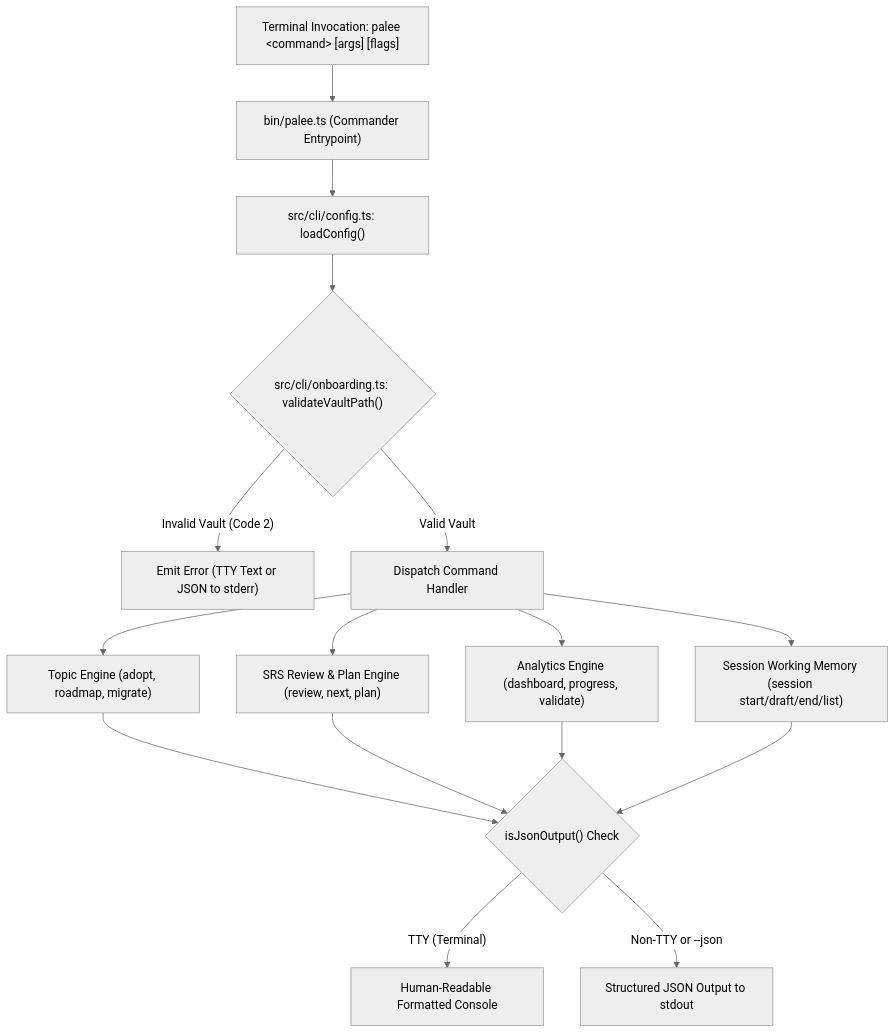
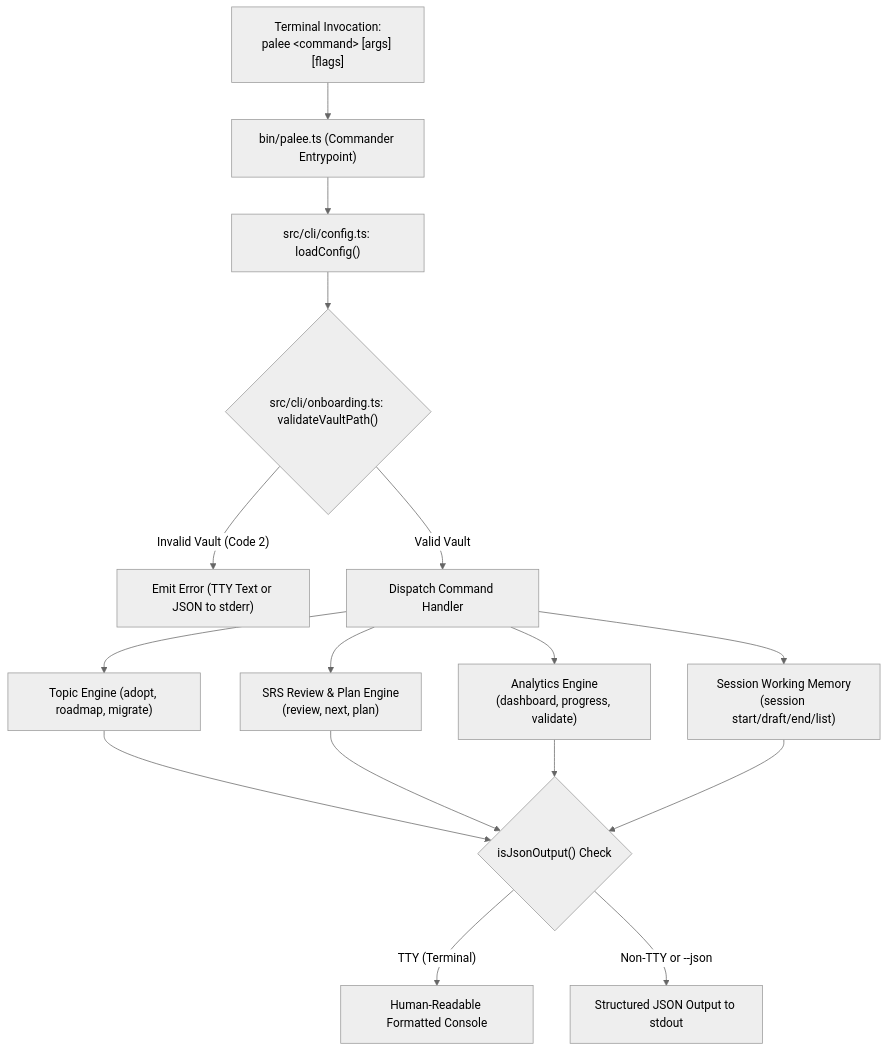
The diagram in docs/02-0-cli-commands.md (Kuldeep2822k/cli), drawn with Mermaid (neutral theme) before and after one commit. The commit also changed 21 other files, not shown here.

Commit message:
docs: resolve documentation audit drift, navigation gaps, and diagram layouts

````diff
--- a/docs/02-0-cli-commands.md
+++ b/docs/02-0-cli-commands.md
@@ -40,18 +40,18 @@
 ```mermaid
 flowchart TD
-    User["Terminal Invocation: palee &lt;command&gt; [args] [flags]"] --> Entry["bin/palee.ts (Commander Entrypoint)"]
+    User["Terminal Invocation:<br/>palee &lt;command&gt; [args] [flags]"] --> Entry["bin/palee.ts (Commander Entrypoint)"]
     Entry --> LoadCfg["src/cli/config.ts: loadConfig()"]
     LoadCfg --> ValidVault{"src/cli/onboarding.ts: validateVaultPath()"}
     
     ValidVault -->|"Invalid Vault (Code 2)"| ErrVault["Emit Error (TTY Text or JSON to stderr)"]
     ValidVault -->|"Valid Vault"| Dispatcher["Dispatch Command Handler"]
     
     Dispatcher --> TopEng["Topic Engine (adopt, roadmap, migrate)"]
-    Dispatcher --> SrsEng["SRS Review & Plan Engine (review, next, plan)"]
-    Dispatcher --> RepEng["Analytics Engine (dashboard, progress, validate)"]
-    Dispatcher --> SessEng["Session Working Memory (session start/draft/end/list)"]
+    Dispatcher --> SrsEng["SRS Review & Plan Engine<br/>(review, next, plan)"]
+    Dispatcher --> RepEng["Analytics Engine<br/>(dashboard, progress, validate)"]
+    Dispatcher --> SessEng["Session Working Memory<br/>(session start/draft/end/list)"]
     
     TopEng & SrsEng & RepEng & SessEng --> OutCheck{"isJsonOutput() Check"}
     OutCheck -->|"TTY (Terminal)"| TTYOut["Human-Readable Formatted Console"]
     OutCheck -->|"Non-TTY or --json"| JsonOut["Structured JSON Output to stdout"]
 ```
````
